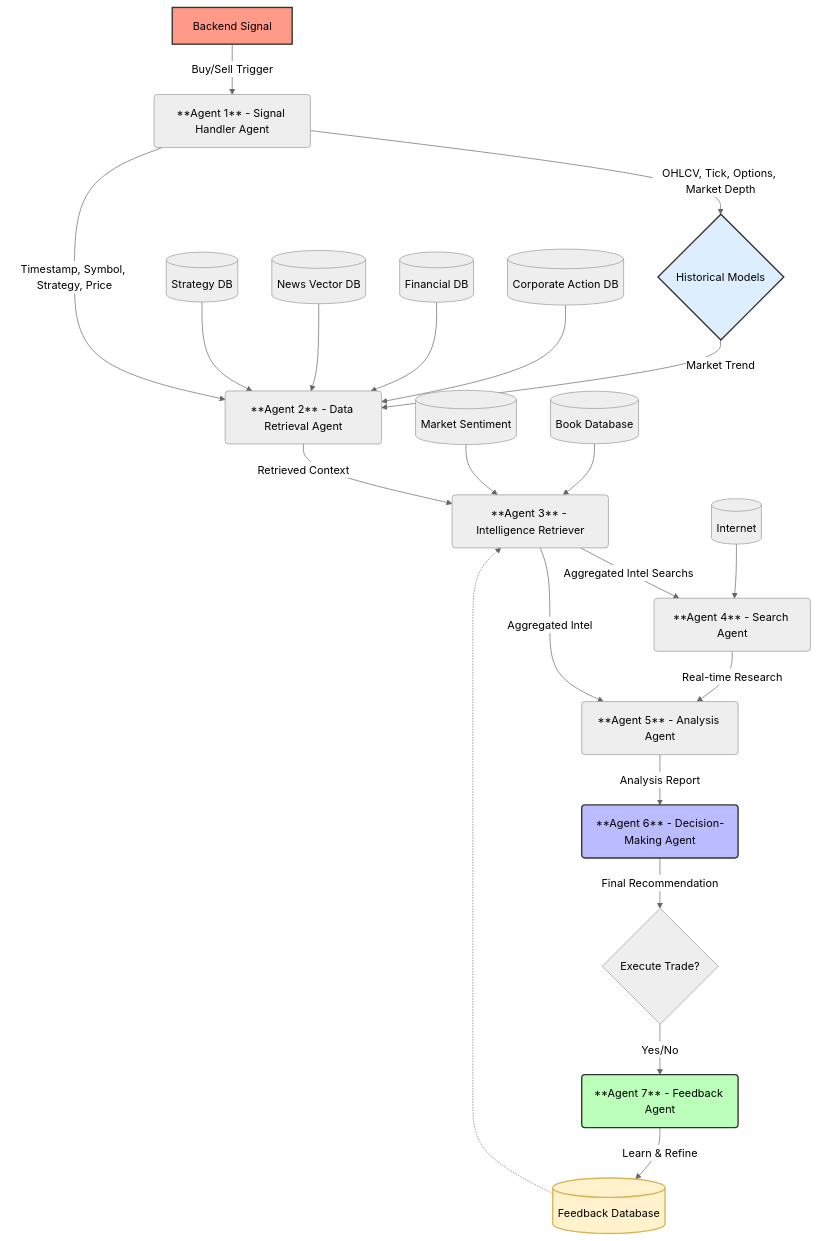
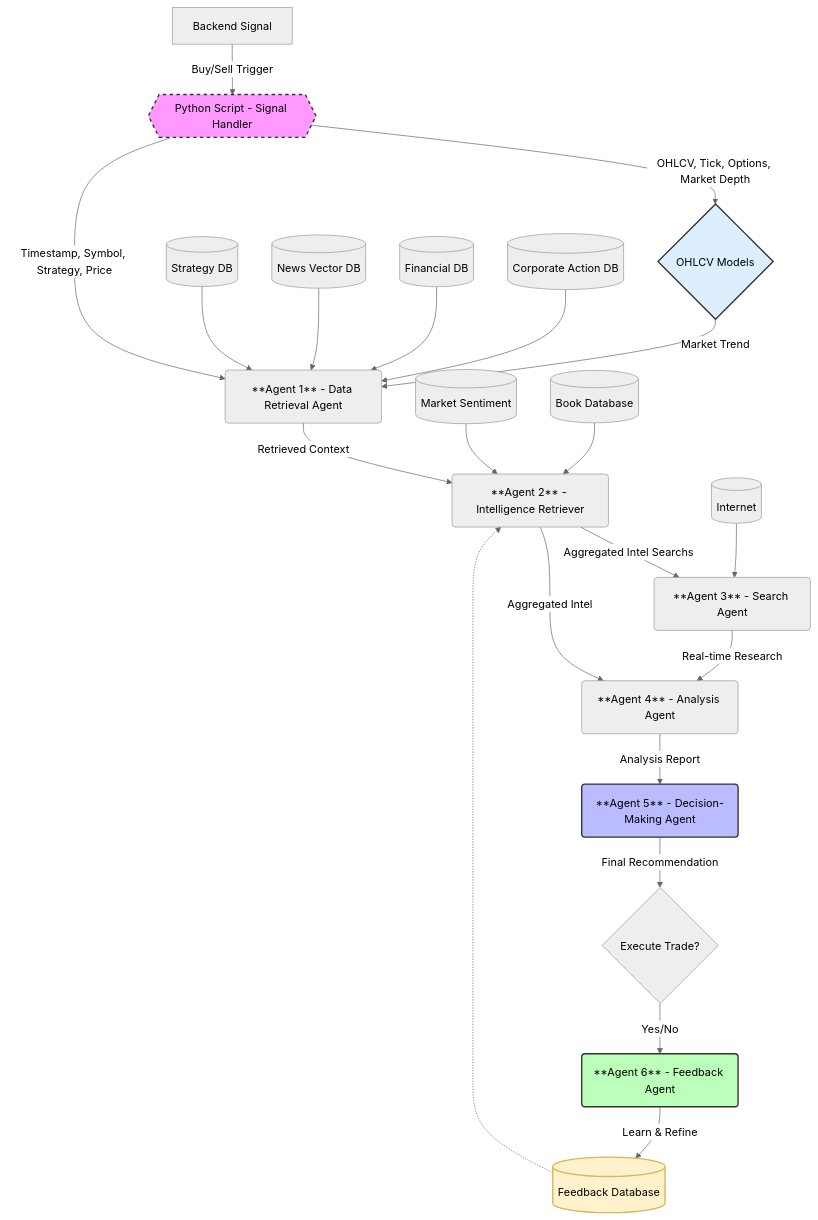
One commit to smartxalgo002-AI-ML/AI-Stretegy-builder changed the diagram in signal-agent-workflow/version-2.md. Above: the diagram before and after it, drawn with Mermaid (neutral theme).

````diff
--- a/signal-agent-workflow/version-2.md
+++ b/signal-agent-workflow/version-2.md
@@ -1,44 +1,44 @@
 ```mermaid
 graph TD
-    A[Backend Signal] -->|Buy/Sell Trigger| B(**Agent 1** - Signal Handler Agent)
+    A[Backend Signal] -->|Buy/Sell Trigger| B{{Python Script - Signal Handler}}
     
-    %% Updated Data Flow from Agent 1
-    B -->|OHLCV, Tick, Options, Market Depth| G{Historical Models}
+    %% Script Feeds Model
+    B -->|OHLCV, Tick, Options, Market Depth| G{OHLCV Models}
     
     %% Specific Context Transfer
-    B -->|Timestamp, Symbol, Strategy, Price| C(**Agent 2** - Data Retrieval Agent)
+    B -->|Timestamp, Symbol, Strategy, Price| C(**Agent 1** - Data Retrieval Agent)
     
-    %% Agent 2 Expanded Sources
+    %% Agent 1 Expanded Sources (Previously Agent 2)
     DB1[(Strategy DB)] --> C
     DB2[(News Vector DB)] --> C
     DB3[(Financial DB)] --> C
     DB4[(Corporate Action DB)] --> C
     G -->|Market Trend| C
 
-    %% Agent 3 Central Intelligence
-    C -->|Retrieved Context| D(**Agent 3** - Intelligence Retriever)
+    %% Agent 2 Central Intelligence
+    C -->|Retrieved Context| D(**Agent 2** - Intelligence Retriever)
     E[(Market Sentiment)] --> D
     F[(Book Database)] --> D
 
-    %% Agent 4 & Internet
-    D -->|Aggregated Intel Searchs| L(**Agent 4** - Search Agent)
+    %% Agent 3 & Internet
+    D -->|Aggregated Intel Searchs| L(**Agent 3** - Search Agent)
     M[(Internet)] --> L
-    L -->|Real-time Research| H(**Agent 5** - Analysis Agent)
+    L -->|Real-time Research| H(**Agent 4** - Analysis Agent)
     D -->|Aggregated Intel| H
 
     %% Final Decision Path
-    H -->|Analysis Report| I(**Agent 6** - Decision-Making Agent)
+    H -->|Analysis Report| I(**Agent 5** - Decision-Making Agent)
     I -->|Final Recommendation| J{Execute Trade?}
 
     %% Feedback Loop
-    J -->|Yes/No| K(**Agent 7** - Feedback Agent)
+    J -->|Yes/No| K(**Agent 6** - Feedback Agent)
     K -->|Learn & Refine| FB[(Feedback Database)]
     FB -.-> D
 
     %% Styling
-    style A fill:#f98,stroke:#333,stroke-width:2px
+    style B fill:#f9f,stroke:#333,stroke-width:2px,stroke-dasharray: 5 5
     style I fill:#bbf,stroke:#333,stroke-width:2px
     style K fill:#bfb,stroke:#333,stroke-width:2px
     style FB fill:#fff2cc,stroke:#d6b656,stroke-width:2px
     style G fill:#def,stroke:#333,stroke-width:2px
 ```
````
